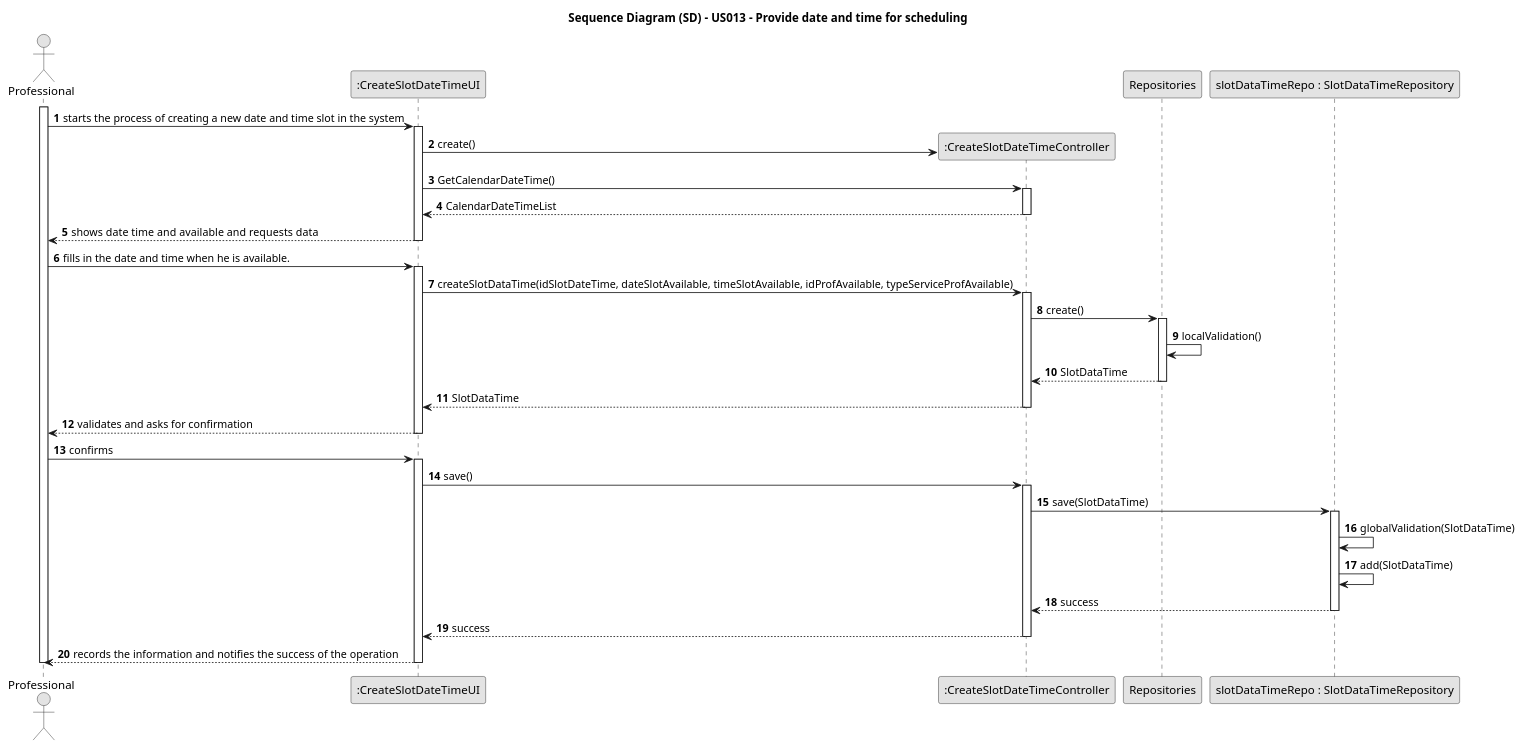
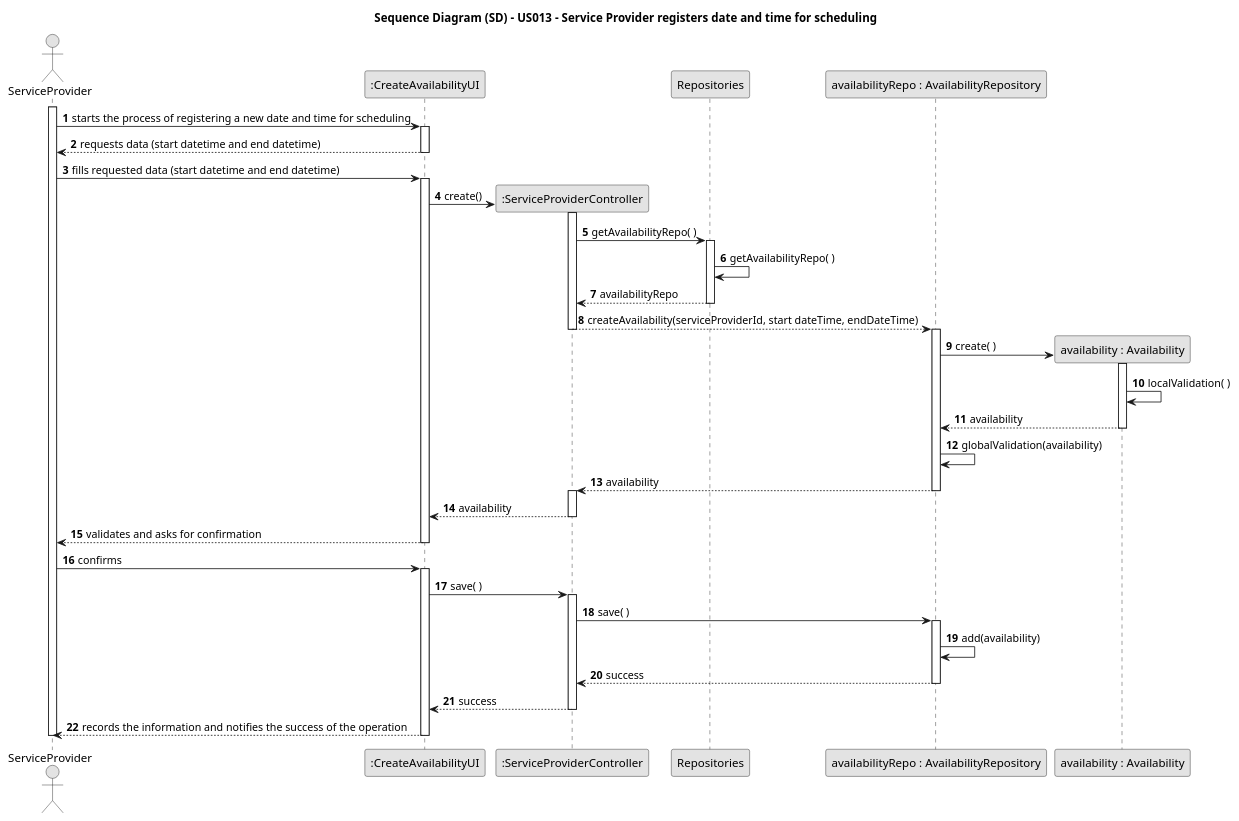
Before and after one commit to Chirano/GladlyGiven: the diagram in javaSprint2GladlyGiven/Docs/UseCases/uc013/design/us013-SD.puml, drawn with PlantUML. The commit also changed 2 other files, not shown here.

Commit message:
Updated ServiceProvider > Availability

```diff
--- a/javaSprint2GladlyGiven/Docs/UseCases/uc013/design/us013-SD.puml
+++ b/javaSprint2GladlyGiven/Docs/UseCases/uc013/design/us013-SD.puml
@@ -1,59 +1,64 @@
 @startuml
 skinparam monochrome true
 skinparam packageStyle rectangle
 skinparam shadowing false
 
-title Sequence Diagram (SD) - US013 - Provide date and time for scheduling
+title Sequence Diagram (SD) - US013 - Service Provider registers date and time for scheduling
 
 
 autonumber
 
-actor Professional
-participant ":CreateSlotDateTimeUI" as ui
-participant ":CreateSlotDateTimeController" as ctrl
+actor ServiceProvider as sp
+participant ":CreateAvailabilityUI" as ui
+participant ":ServiceProviderController" as ctrl
 participant Repositories
-participant "slotDataTimeRepo : SlotDataTimeRepository" as SlotDataTimeRepo
+participant "availabilityRepo : AvailabilityRepository" as avRepo
+participant "availability : Availability" as av
 
 
-activate Professional
-    Professional -> ui : starts the process of creating a new date and time slot in the system
+activate sp
+    sp -> ui : starts the process of registering a new date and time for scheduling
+    activate ui
+        ui --> sp : requests data (start datetime and end datetime)
+    deactivate ui
+    sp -> ui : fills requested data (start datetime and end datetime)
     activate ui
         ui -> ctrl** : create()
-        ui -> ctrl : GetCalendarDateTime()
         activate ctrl
-            ctrl --> ui : CalendarDateTimeList
-            deactivate ctrl
-            ui --> Professional : shows date time and  available and requests data
+            ctrl -> Repositories : getAvailabilityRepo( )
+            activate Repositories
+                Repositories -> Repositories : getAvailabilityRepo( )
+                Repositories --> ctrl : availabilityRepo
+            deactivate Repositories
+            ctrl --> avRepo : createAvailability(serviceProviderId, start dateTime, endDateTime)
+        deactivate ctrl
+        activate avRepo
+            avRepo -> av** : create( )
+            activate av
+                av -> av : localValidation( )
+                av --> avRepo : availability
+            deactivate av
+            avRepo -> avRepo : globalValidation(availability)
+            avRepo --> ctrl : availability
+        deactivate avRepo
+        activate ctrl
+            ctrl --> ui : availability
+        deactivate ctrl
+        ui --> sp : validates and asks for confirmation
     deactivate ui
-
-    Professional -> ui : fills in the date and time when he is available.
+    sp -> ui : confirms
     activate ui
-        ui -> ctrl : createSlotDataTime(idSlotDateTime, dateSlotAvailable, timeSlotAvailable, idProfAvailable, typeServiceProfAvailable)
+        ui -> ctrl : save( )
         activate ctrl
-            ctrl -> Repositories : create()
-            activate Repositories
-                Repositories -> Repositories : localValidation()
-                Repositories --> ctrl : SlotDataTime
-            deactivate Repositories
-            ctrl --> ui : SlotDataTime
-        deactivate ctrl
-        ui --> Professional : validates and asks for confirmation
-    deactivate ui
-
-    Professional -> ui : confirms
-    activate ui
-        ui -> ctrl : save()
-        activate ctrl
-            ctrl -> SlotDataTimeRepo : save(SlotDataTime)
-            activate SlotDataTimeRepo
-                SlotDataTimeRepo -> SlotDataTimeRepo : globalValidation(SlotDataTime)
-                SlotDataTimeRepo -> SlotDataTimeRepo : add(SlotDataTime)
-                SlotDataTimeRepo --> ctrl : success
-            deactivate SlotDataTimeRepo
+            ctrl -> avRepo : save( )
+            activate avRepo
+                avRepo -> avRepo : add(availability)
+                avRepo --> ctrl : success
+            deactivate avRepo
             ctrl --> ui : success
         deactivate ctrl
-        ui --> Professional : records the information and notifies the success of the operation
+        ui --> sp : records the information and notifies the success of the operation
     deactivate ui
-deactivate Professional
+deactivate sp
 
 @enduml
```
